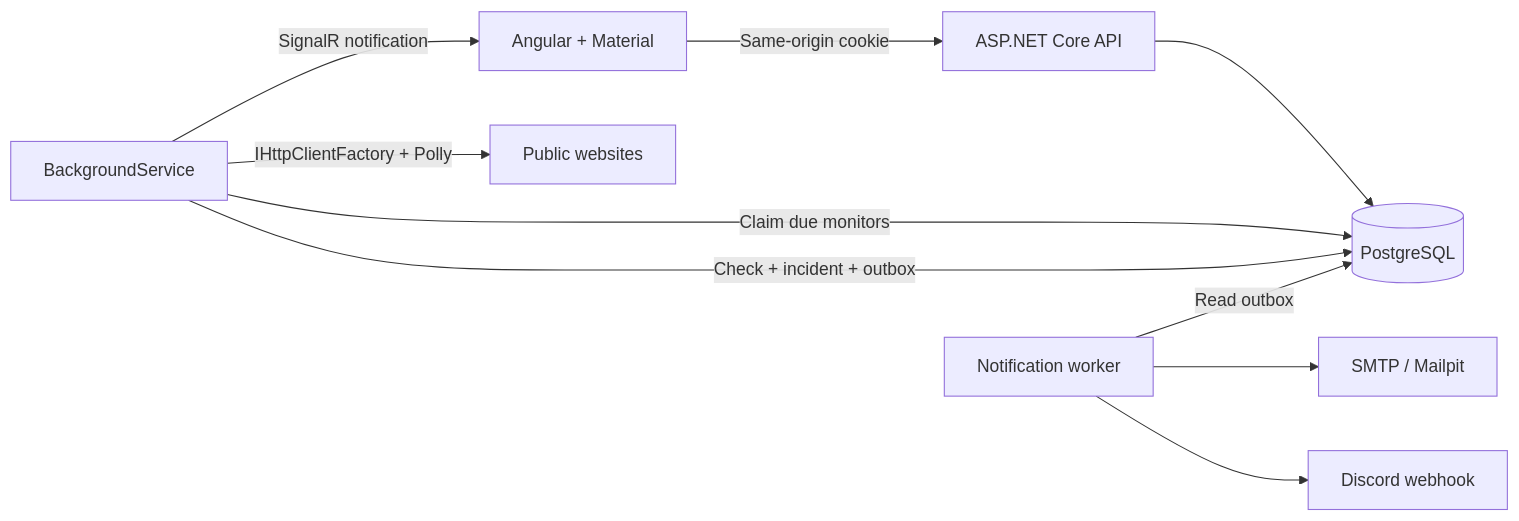
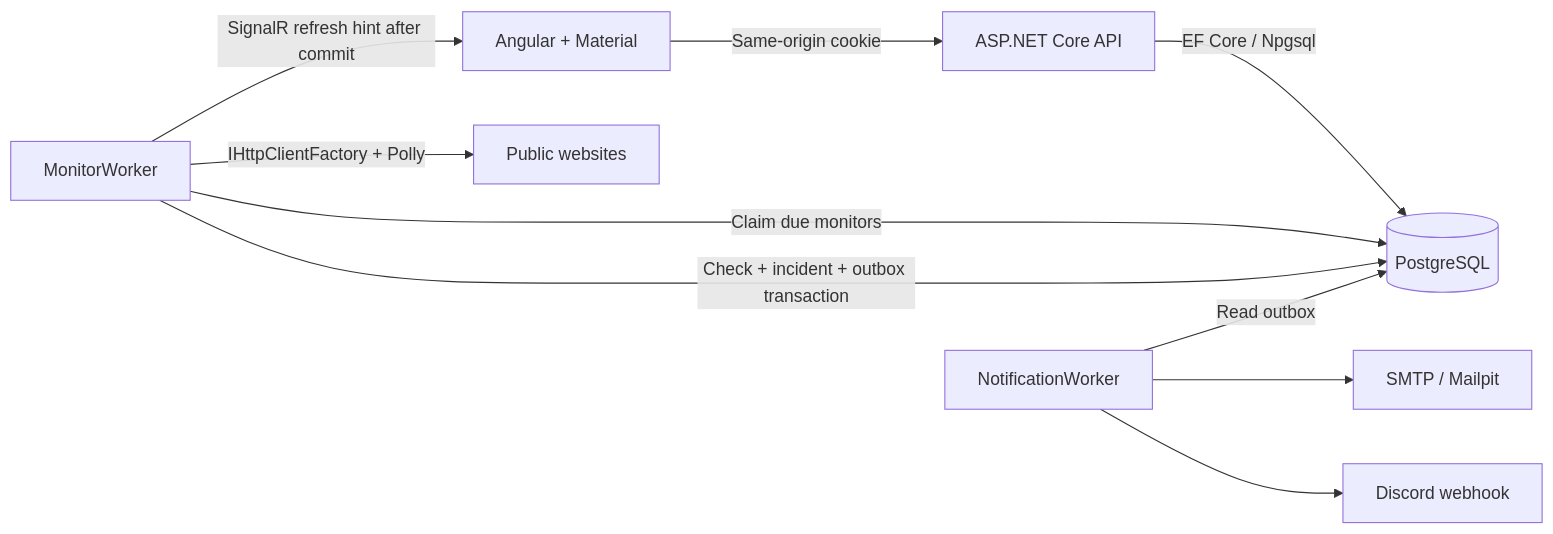
Before and after one commit to Vheissu/uptime-king: the diagram in README.md, drawn with Mermaid. The commit also changed other lines of this file, not shown here.

````diff
--- a/README.md
+++ b/README.md
@@ -65,12 +67,12 @@
 ```mermaid
 flowchart LR
     UI[Angular + Material] -->|Same-origin cookie| API[ASP.NET Core API]
-    API --> DB[(PostgreSQL)]
-    Worker[BackgroundService] -->|Claim due monitors| DB
+    API -->|EF Core / Npgsql| DB[(PostgreSQL)]
+    Worker[MonitorWorker] -->|Claim due monitors| DB
     Worker -->|IHttpClientFactory + Polly| Sites[Public websites]
-    Worker -->|Check + incident + outbox| DB
-    Worker -->|SignalR notification| UI
-    Alerts[Notification worker] -->|Read outbox| DB
+    Worker -->|Check + incident + outbox transaction| DB
+    Worker -->|SignalR refresh hint after commit| UI
+    Alerts[NotificationWorker] -->|Read outbox| DB
     Alerts --> SMTP[SMTP / Mailpit]
     Alerts --> Discord[Discord webhook]
 ```
````
